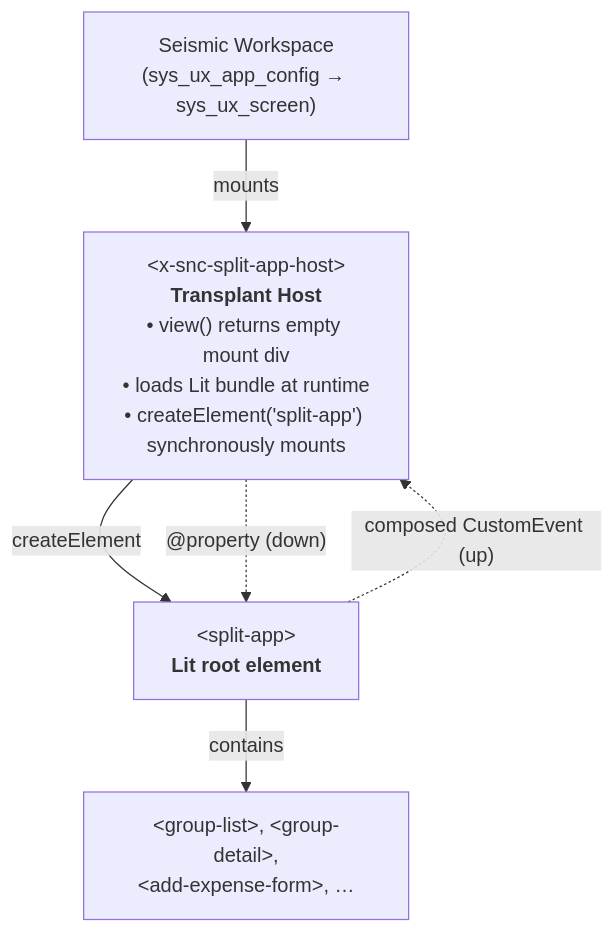
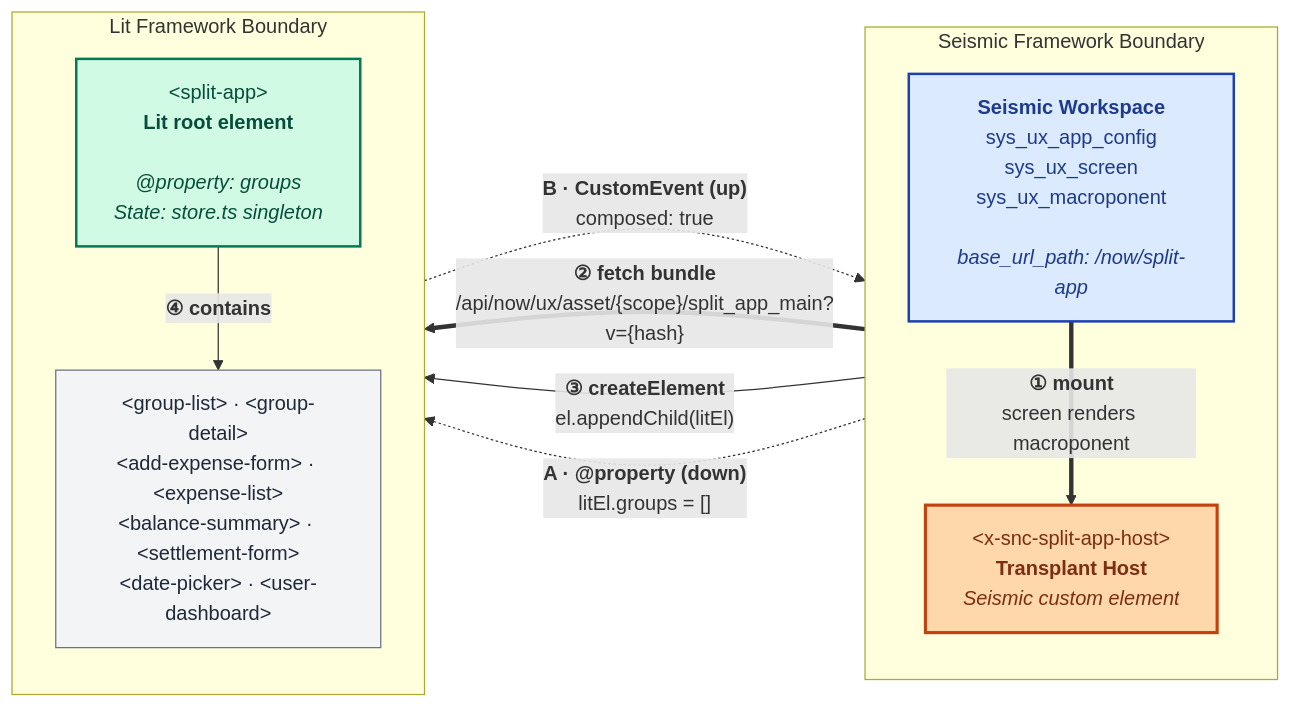
The diagram in README.md (sagar-shirwalkar/split-app), drawn with Mermaid before and after one commit. The commit also changed other lines of this file and 19 other files, not shown here.

````diff
--- a/README.md
+++ b/README.md
@@ -839,14 +839,35 @@
 ```mermaid
-flowchart TB
-    WS["Seismic Workspace<br/>(sys_ux_app_config → sys_ux_screen)"]
-    HOST["&lt;x-snc-split-app-host&gt;<br/><b>Transplant Host</b><br/>• view() returns empty mount div<br/>• loads Lit bundle at runtime<br/>• createElement('split-app') synchronously mounts"]
-    ROOT["&lt;split-app&gt;<br/><b>Lit root element</b>"]
-    CHILD["&lt;group-list&gt;, &lt;group-detail&gt;,<br/>&lt;add-expense-form&gt;, …"]
+flowchart LR
+    subgraph SEISMIC["Seismic Framework Boundary"]
+        direction TB
+        WS["<b>Seismic Workspace</b><br/>sys_ux_app_config<br/>sys_ux_screen<br/>sys_ux_macroponent<br/><br/><i>base_url_path: /now/split-app</i>"]
+        HOST["&lt;x-snc-split-app-host&gt;<br/><b>Transplant Host</b><br/><i>Seismic custom element</i>"]
+    end
 
-    WS -->|"mounts"| HOST
-    HOST -->|"createElement"| ROOT
-    ROOT -->|"contains"| CHILD
+    subgraph LIT["Lit Framework Boundary"]
+        direction TB
+        ROOT["&lt;split-app&gt;<br/><b>Lit root element</b><br/><br/><i>@property: groups</i><br/><i>State: store.ts singleton</i>"]
+        CHILD["&lt;group-list&gt; · &lt;group-detail&gt;<br/>&lt;add-expense-form&gt; · &lt;expense-list&gt;<br/>&lt;balance-summary&gt; · &lt;settlement-form&gt;<br/>&lt;date-picker&gt; · &lt;user-dashboard&gt;"]
+    end
 
-    HOST -.->|"@property (down)"| ROOT
-    ROOT -.->|"composed CustomEvent (up)"| HOST
+    %% Mount flow — thick solid arrows, numbered
+    WS ==>|"<b>① mount</b><br/>screen renders macroponent"| HOST
+    HOST ==>|"<b>② fetch bundle</b><br/>/api/now/ux/asset/{scope}/split_app_main?v={hash}"| ROOT
+    HOST -->|"<b>③ createElement</b><br/>el.appendChild(litEl)"| ROOT
+    ROOT -->|"<b>④ contains</b>"| CHILD
+
+    %% Data channels — dashed arrows, lettered
+    HOST -.->|"<b>A · @property (down)</b><br/>litEl.groups = []"| ROOT
+    ROOT -.->|"<b>B · CustomEvent (up)</b><br/>composed: true"| HOST
+
+    %% Color themes
+    classDef wsNode fill:#dbeafe,stroke:#1e40af,stroke-width:2px,color:#1e3a8a
+    classDef hostNode fill:#fed7aa,stroke:#c2410c,stroke-width:2.5px,color:#7c2d12
+    classDef rootNode fill:#d1fae5,stroke:#047857,stroke-width:2px,color:#064e3b
+    classDef childNode fill:#f3f4f6,stroke:#6b7280,stroke-width:1px,color:#1f2937
+
+    class WS wsNode
+    class HOST hostNode
+    class ROOT rootNode
+    class CHILD childNode
 ```
````
